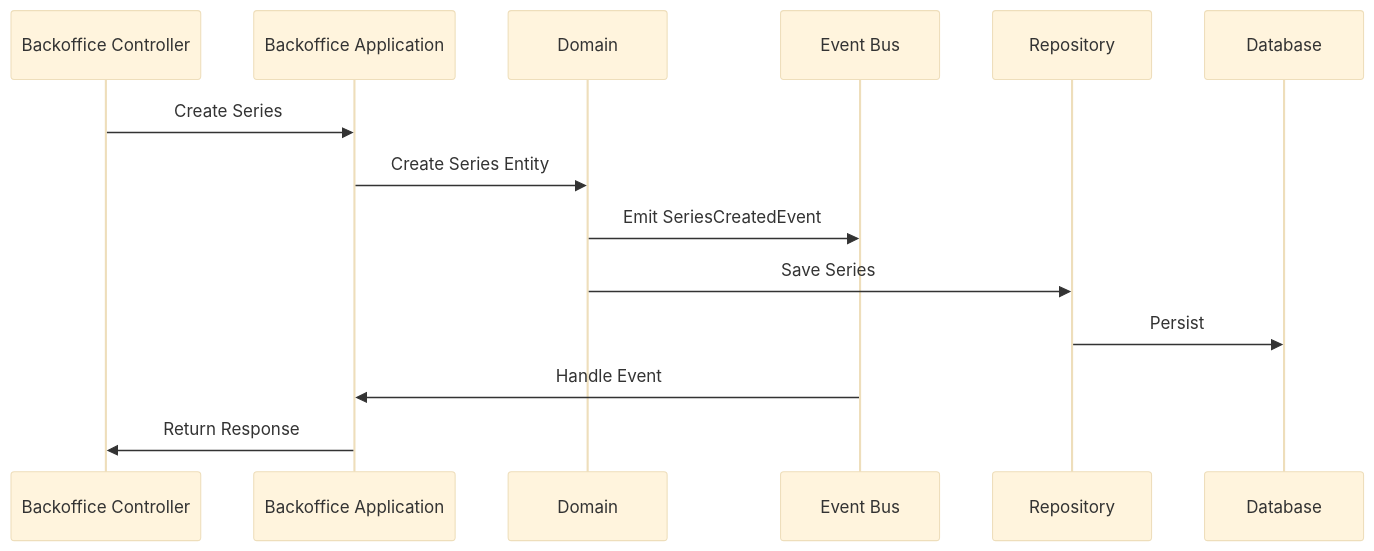
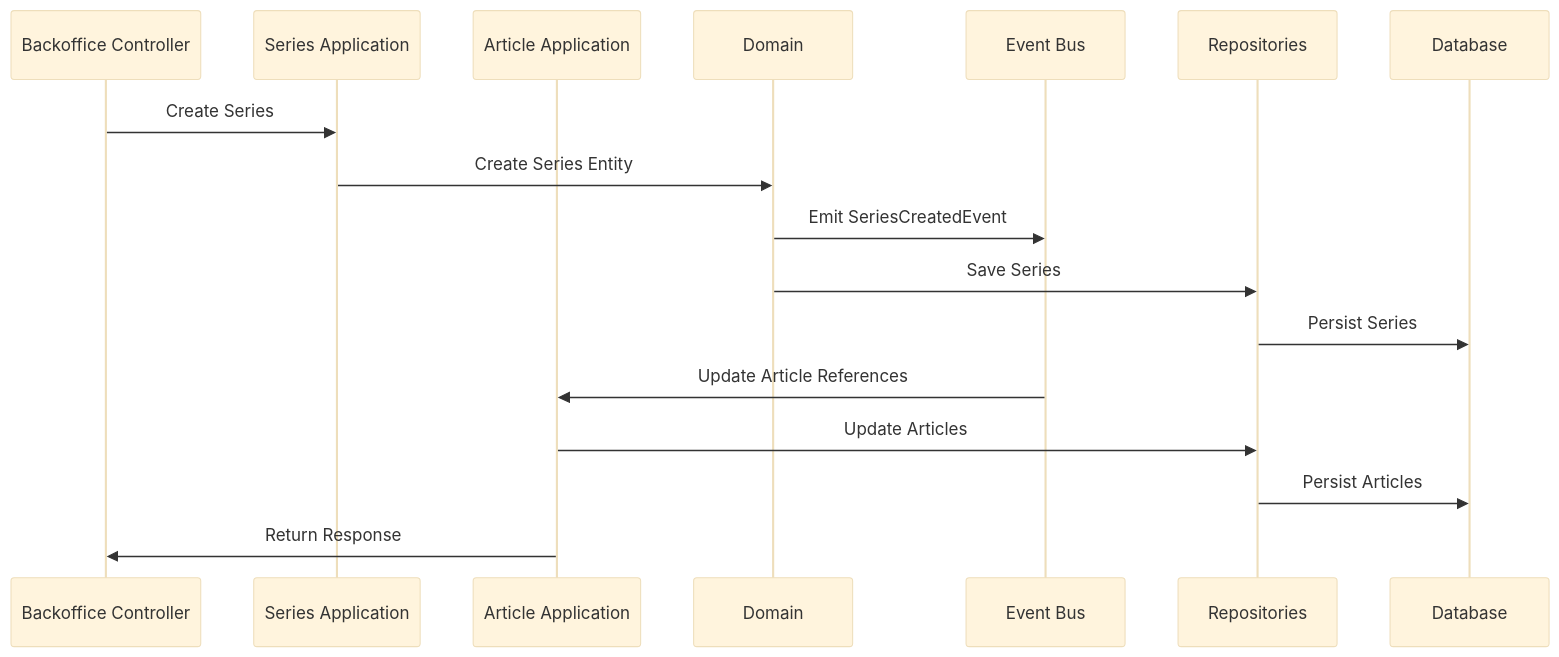
Before and after one commit to pertutatis/personal-web-backend: the fourth of 4 diagrams in docs/memory-bank/systemPatterns.md, drawn with Mermaid (base theme). The commit also changed other lines of this file and 3 other files, not shown here.

````diff
--- a/docs/memory-bank/systemPatterns.md
+++ b/docs/memory-bank/systemPatterns.md
@@ -108,17 +152,20 @@
 ```mermaid
 sequenceDiagram
     participant BOC as Backoffice Controller
-    participant BOA as Backoffice Application
+    participant BOSC as Series Application
+    participant BOAC as Article Application
     participant DOM as Domain
     participant EVT as Event Bus
-    participant REP as Repository
+    participant REP as Repositories
     participant DB as Database
 
-    BOC->>BOA: Create Series
-    BOA->>DOM: Create Series Entity
+    BOC->>BOSC: Create Series
+    BOSC->>DOM: Create Series Entity
     DOM->>EVT: Emit SeriesCreatedEvent
     DOM->>REP: Save Series
-    REP->>DB: Persist
-    EVT->>BOA: Handle Event
-    BOA->>BOC: Return Response
+    REP->>DB: Persist Series
+    EVT->>BOAC: Update Article References
+    BOAC->>REP: Update Articles
+    REP->>DB: Persist Articles
+    BOAC->>BOC: Return Response
 ```
````
